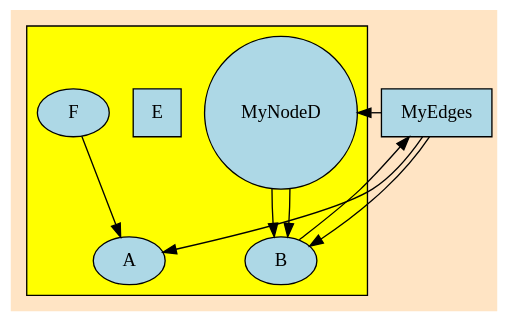
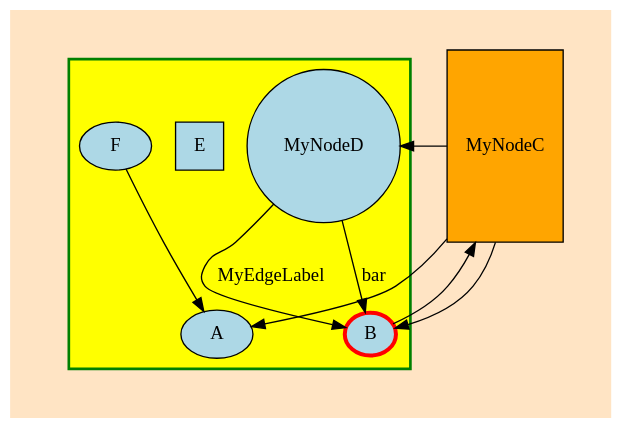
Before and after one commit to jjermann/sharpgraph: the diagram in UnitTests/TestExamples/example.dot, drawn with Graphviz. The commit also changed 5 other files, not shown here.

Commit message:
edge label support, more complex example

```diff
--- a/UnitTests/TestExamples/example.dot
+++ b/UnitTests/TestExamples/example.dot
@@ -1,19 +1,20 @@
 digraph {
   bgcolor="bisque"
+  pad="0.5,0.4"
   node [style=filled, fillcolor="lightblue"]
   A
   B->C->{
     A; D; {
-	  A; B
+	  A; B [width=0.3, height=0.3, penwidth=3, color=red]
 	}
   }
-  C [label="MyEdges", shape="rect"]
-  D->B
+  C [label="MyNodeC", shape="rect", fillcolor=orange, width=1, height=2]
+  D->B [label="MyEdgeLabel"]
   D [label="MyNodeD", shape="circle"];
   subgraph cluster0 {
-    graph [bgcolor="yellow"]
+    graph [bgcolor="yellow", pencolor="green", penwidth=2]
     E [shape="square"]
 	F->A
-	D->B
+	D->B [label="bar"]
   }
 }
```
